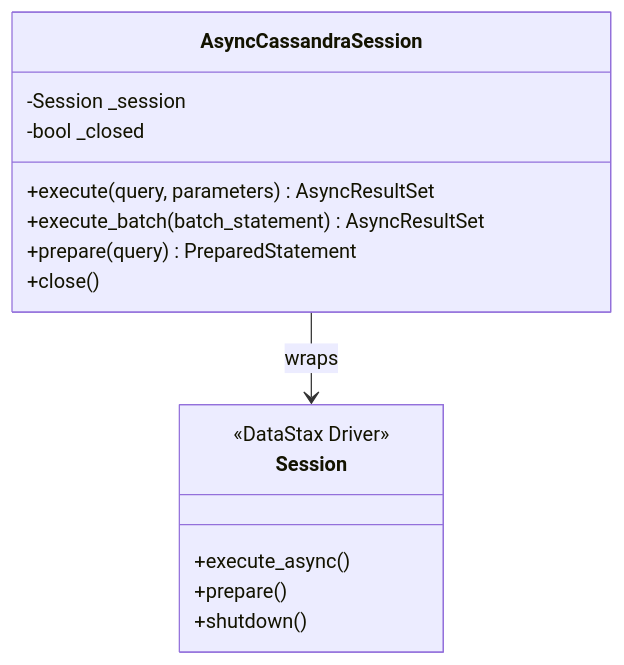
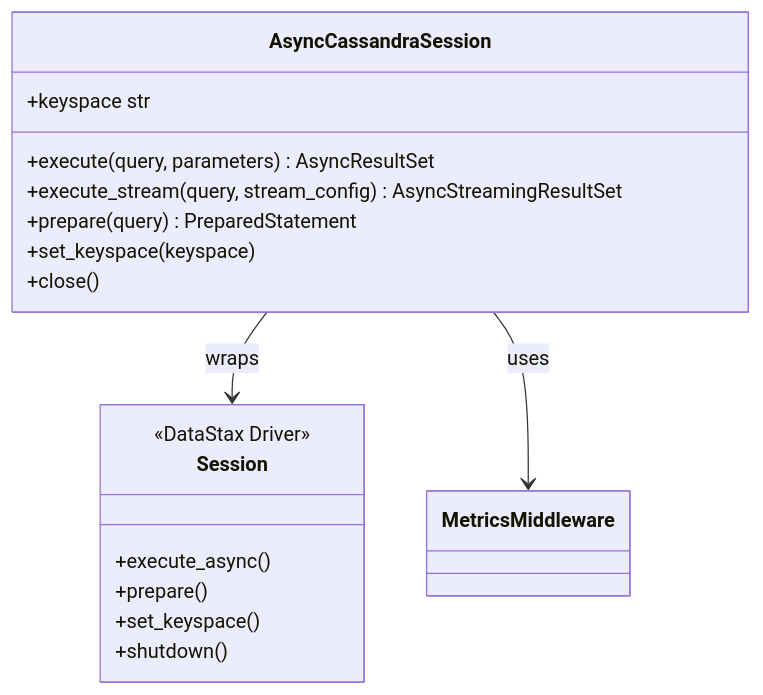
The fourth of 20 diagrams in docs/architecture.md (axonops/async-python-cassandra), drawn with Mermaid before and after one commit. The commit also changed other lines of this file, not shown here.

````diff
--- a/docs/architecture.md
+++ b/docs/architecture.md
@@ -89,20 +99,22 @@
 ```mermaid
 classDiagram
     class AsyncCassandraSession {
-        -Session _session
-        -bool _closed
+        +keyspace str
         +execute(query, parameters) AsyncResultSet
-        +execute_batch(batch_statement) AsyncResultSet
+        +execute_stream(query, stream_config) AsyncStreamingResultSet
         +prepare(query) PreparedStatement
+        +set_keyspace(keyspace)
         +close()
     }
     
     class Session {
         <<DataStax Driver>>
         +execute_async()
         +prepare()
+        +set_keyspace()
         +shutdown()
     }
     
     AsyncCassandraSession --> Session : wraps
+    AsyncCassandraSession --> MetricsMiddleware : uses
 ```
````
